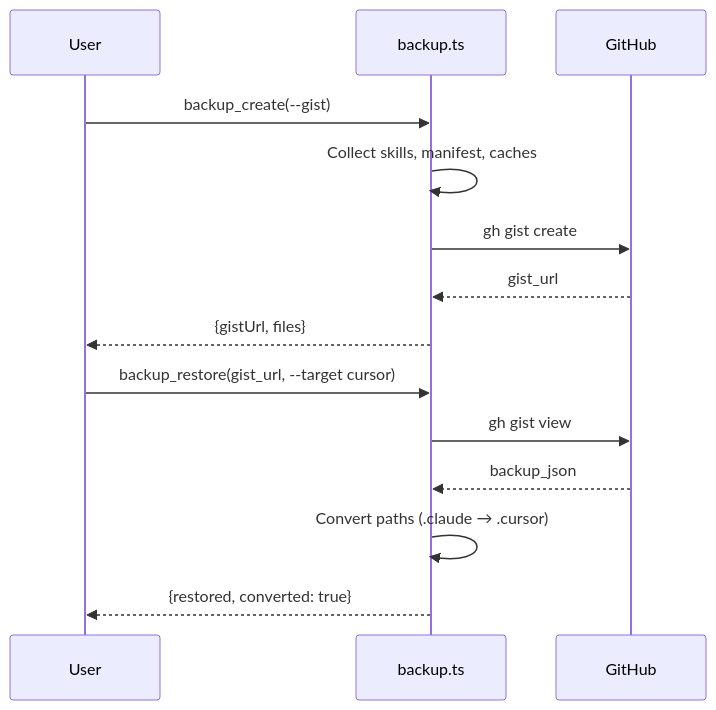
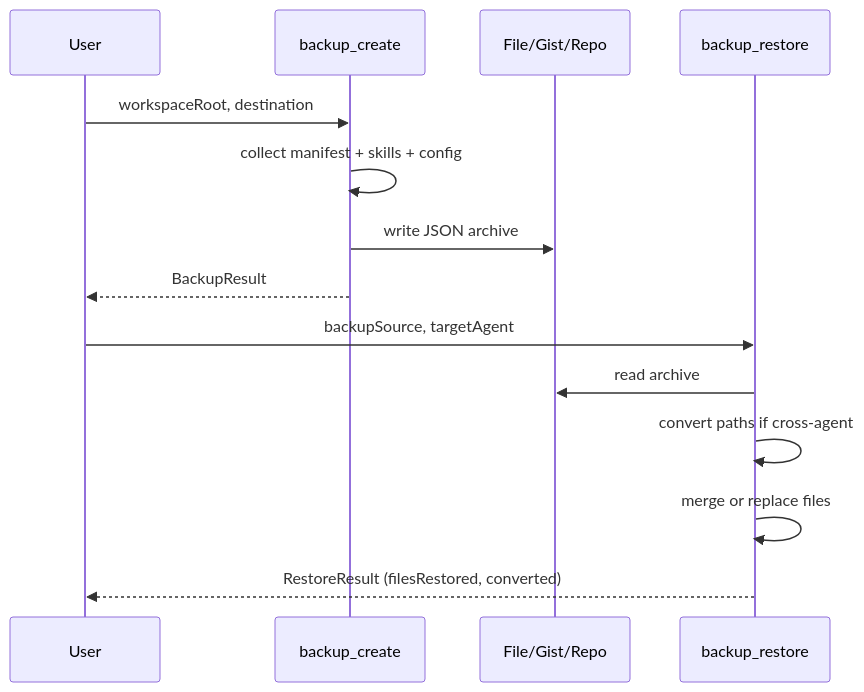
Before and after one commit to shihwesley/agent-reverse: the third of 3 diagrams in docs/CODEBASE_MAP.md, drawn with Mermaid. The commit also changed other lines of this file and 1 other file, not shown here.

First line of the commit message:
docs: update codebase map with v1.2.0 changes and merkle manifest

````diff
--- a/docs/CODEBASE_MAP.md
+++ b/docs/CODEBASE_MAP.md
@@ -215,18 +259,18 @@
 ```mermaid
 sequenceDiagram
-    participant U as User
-    participant B as backup.ts
-    participant G as GitHub
+    participant User
+    participant Backup as backup_create
+    participant Storage as File/Gist/Repo
+    participant Restore as backup_restore
 
-    U->>B: backup_create(--gist)
-    B->>B: Collect skills, manifest, caches
-    B->>G: gh gist create
-    G-->>B: gist_url
-    B-->>U: {gistUrl, files}
+    User->>Backup: workspaceRoot, destination
+    Backup->>Backup: collect manifest + skills + config
+    Backup->>Storage: write JSON archive
+    Backup-->>User: BackupResult
 
-    U->>B: backup_restore(gist_url, --target cursor)
-    B->>G: gh gist view
-    G-->>B: backup_json
-    B->>B: Convert paths (.claude → .cursor)
-    B-->>U: {restored, converted: true}
+    User->>Restore: backupSource, targetAgent
+    Restore->>Storage: read archive
+    Restore->>Restore: convert paths if cross-agent
+    Restore->>Restore: merge or replace files
+    Restore-->>User: RestoreResult (filesRestored, converted)
 ```
````
